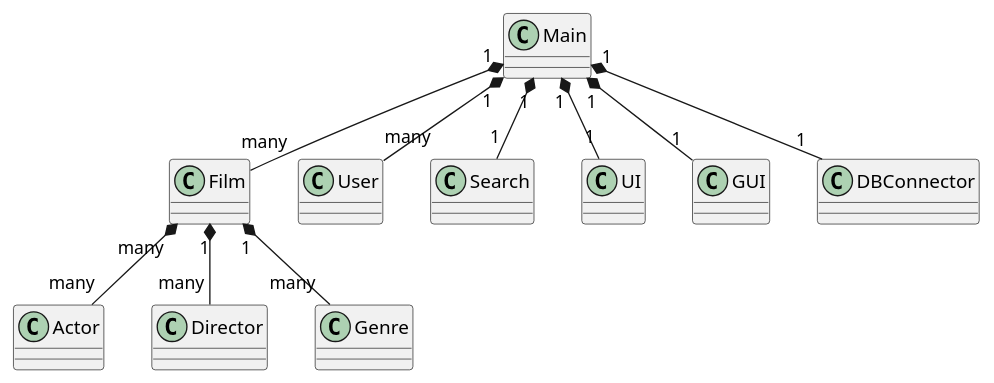
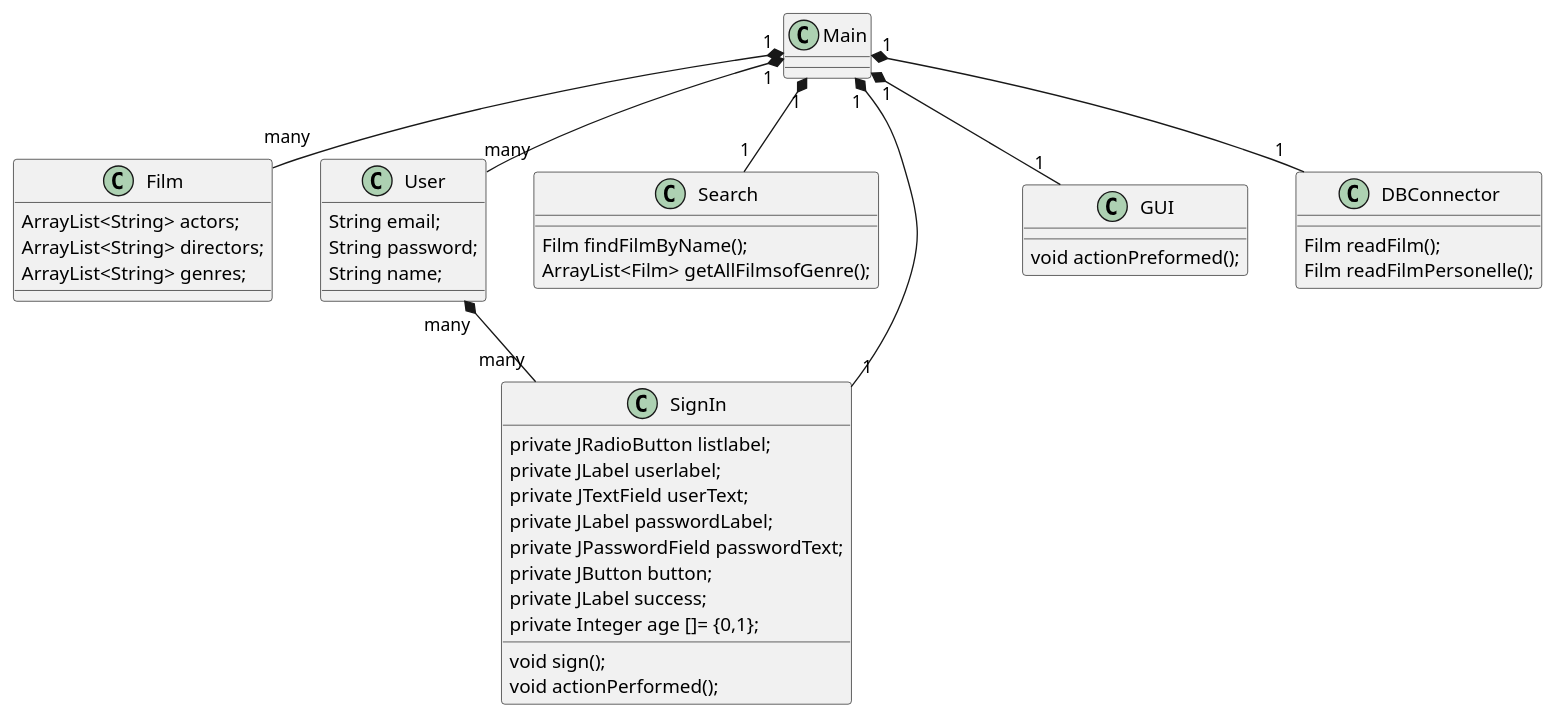
The diagram in planningSP5/classDiagram.wsd (Inga-Helgadottir/SP5-J.A.I.R), drawn with PlantUML before and after one commit. The commit also changed 4 other files, not shown here.

```diff
--- a/planningSP5/classDiagram.wsd
+++ b/planningSP5/classDiagram.wsd
@@ -1,53 +1,56 @@
-@startuml SP3
+@startuml SP5
 
 class Main{
-
+    
 }
 
 class Film{
-
+    ArrayList<String> actors;
+    ArrayList<String> directors;
+    ArrayList<String> genres;
 }
 
 class User{
-
-}
-
-class Actor{
-
+    String email;
+    String password;
+    String name;
 }
 
 class Search{
-
+    Film findFilmByName();
+    ArrayList<Film> getAllFilmsofGenre();
 }
 
-class UI{
-
+class SignIn{
+    private JRadioButton listlabel;
+    private JLabel userlabel;
+    private JTextField userText;
+    private JLabel passwordLabel;
+    private JPasswordField passwordText;
+    private JButton button;
+    private JLabel success;
+    private Integer age []= {0,1};
+    void sign();
+    void actionPerformed();
 }
 
 class GUI{
-
-}
-
-class Director{
+    void actionPreformed();
 
 }
 
 class DBConnector{
-
+    Film readFilm();
+    Film readFilmPersonelle();
 }
 
-class Genre{
 
-}
-
-Main "1" *-- "1" UI
+Main "1" *-- "1" SignIn
 Main "1" *-- "1" DBConnector
 Main "1" *-- "1" Search
 Main "1" *-- "many" User
-Film "many" *-- "many" Actor
 Main "1" *-- "1" GUI
 Main "1" *-- "many" Film
-Film "1" *-- "many" Director
-Film "1" *-- "many" Genre
+User "many" *-- "many" SignIn
 
 @enduml
```
